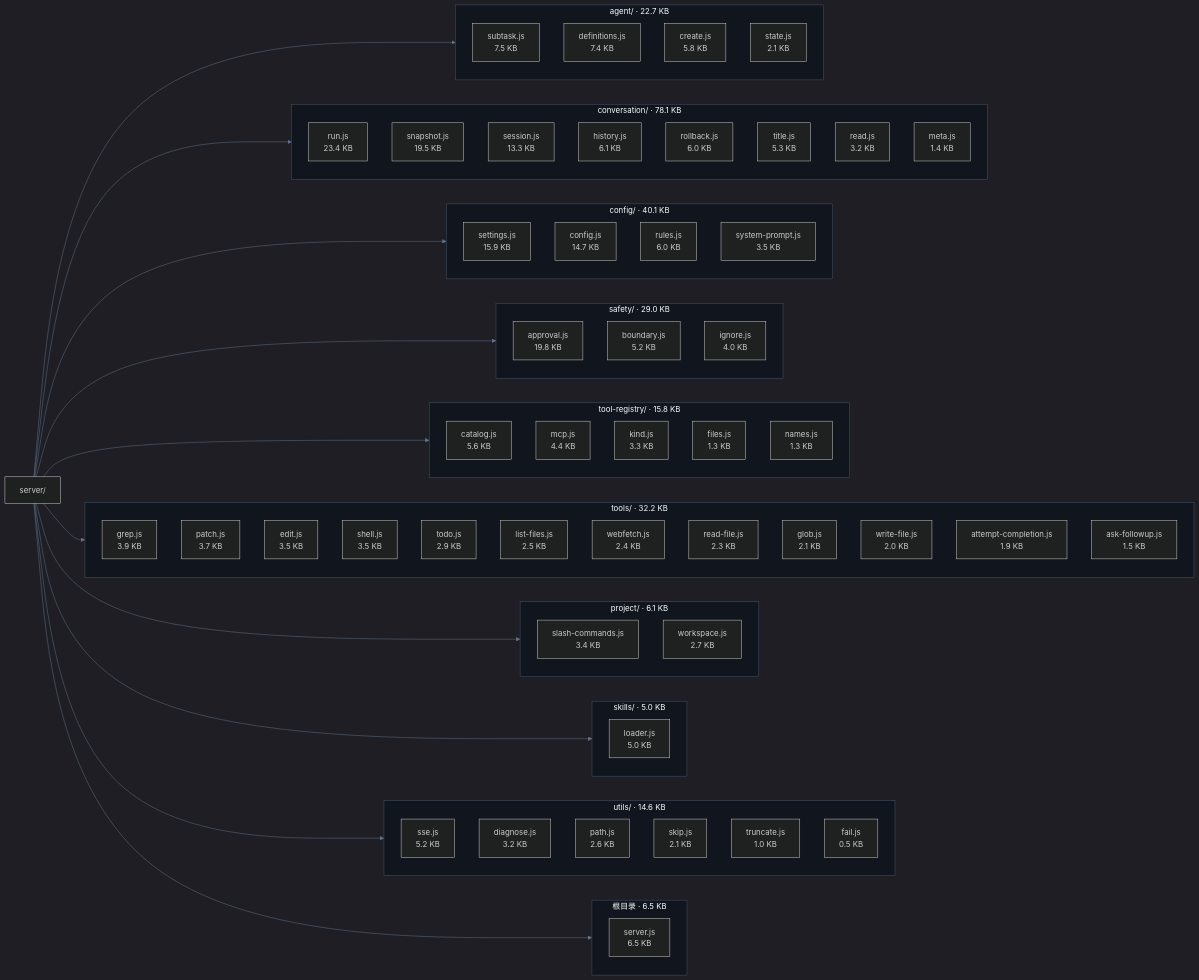
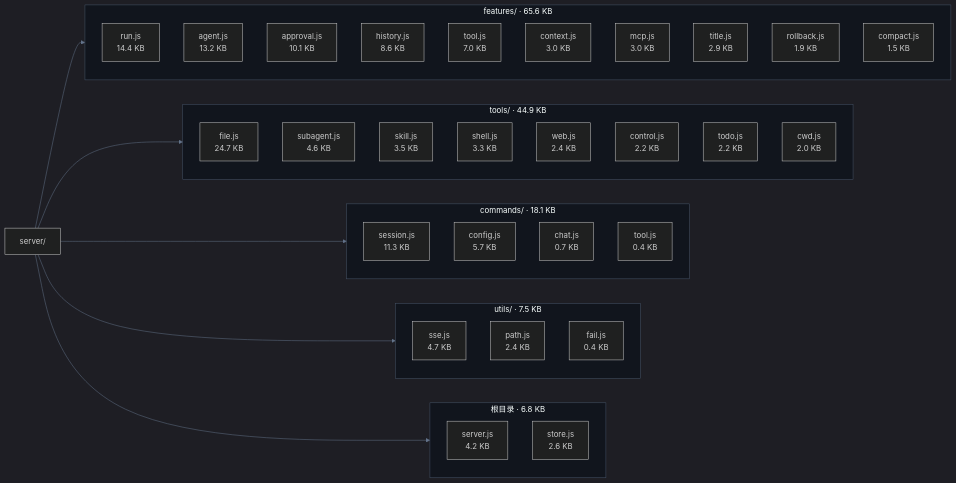
The diagram in docs/server-structure.mmd (kernel4632/agent), drawn with Mermaid before and after one commit. The commit also changed 2 other files, not shown here.

Commit message:
docs: 更新后端源码体量图和目录图

```diff
--- a/docs/server-structure.mmd
+++ b/docs/server-structure.mmd
@@ -1,89 +1,50 @@
 %%{init: {'theme':'dark','themeVariables':{'fontFamily':'ui-monospace, monospace','primaryColor':'#18202b','primaryTextColor':'#f8fafc','lineColor':'#64748b','clusterBkg':'#11151d','clusterBorder':'#475569'}}}%%
 graph LR
   S["server/"]
-  subgraph agent["agent/ · 22.7 KB"]
+  subgraph features["features/ · 65.6 KB"]
     direction TB
-    agent_subtask["subtask.js<br/>7.5 KB"]
-    agent_definitions["definitions.js<br/>7.4 KB"]
-    agent_create["create.js<br/>5.8 KB"]
-    agent_state["state.js<br/>2.1 KB"]
+    features_run["run.js<br/>14.4 KB"]
+    features_agent["agent.js<br/>13.2 KB"]
+    features_approval["approval.js<br/>10.1 KB"]
+    features_history["history.js<br/>8.6 KB"]
+    features_tool["tool.js<br/>7.0 KB"]
+    features_context["context.js<br/>3.0 KB"]
+    features_mcp["mcp.js<br/>3.0 KB"]
+    features_title["title.js<br/>2.9 KB"]
+    features_rollback["rollback.js<br/>1.9 KB"]
+    features_compact["compact.js<br/>1.5 KB"]
   end
-  S --> agent
-  subgraph conversation["conversation/ · 78.1 KB"]
+  S --> features
+  subgraph tools["tools/ · 44.9 KB"]
     direction TB
-    conversation_run["run.js<br/>23.4 KB"]
-    conversation_snapshot["snapshot.js<br/>19.5 KB"]
-    conversation_session["session.js<br/>13.3 KB"]
-    conversation_history["history.js<br/>6.1 KB"]
-    conversation_rollback["rollback.js<br/>6.0 KB"]
-    conversation_title["title.js<br/>5.3 KB"]
-    conversation_read["read.js<br/>3.2 KB"]
-    conversation_meta["meta.js<br/>1.4 KB"]
-  end
-  S --> conversation
-  subgraph config["config/ · 40.1 KB"]
-    direction TB
-    config_settings["settings.js<br/>15.9 KB"]
-    config_config["config.js<br/>14.7 KB"]
-    config_rules["rules.js<br/>6.0 KB"]
-    config_system_prompt["system-prompt.js<br/>3.5 KB"]
-  end
-  S --> config
-  subgraph safety["safety/ · 29.0 KB"]
-    direction TB
-    safety_approval["approval.js<br/>19.8 KB"]
-    safety_boundary["boundary.js<br/>5.2 KB"]
-    safety_ignore["ignore.js<br/>4.0 KB"]
-  end
-  S --> safety
-  subgraph tool_registry["tool-registry/ · 15.8 KB"]
-    direction TB
-    tool_registry_catalog["catalog.js<br/>5.6 KB"]
-    tool_registry_mcp["mcp.js<br/>4.4 KB"]
-    tool_registry_kind["kind.js<br/>3.3 KB"]
-    tool_registry_files["files.js<br/>1.3 KB"]
-    tool_registry_names["names.js<br/>1.3 KB"]
-  end
-  S --> tool_registry
-  subgraph tools["tools/ · 32.2 KB"]
-    direction TB
-    tools_grep["grep.js<br/>3.9 KB"]
-    tools_patch["patch.js<br/>3.7 KB"]
-    tools_edit["edit.js<br/>3.5 KB"]
-    tools_shell["shell.js<br/>3.5 KB"]
-    tools_todo["todo.js<br/>2.9 KB"]
-    tools_list_files["list-files.js<br/>2.5 KB"]
-    tools_webfetch["webfetch.js<br/>2.4 KB"]
-    tools_read_file["read-file.js<br/>2.3 KB"]
-    tools_glob["glob.js<br/>2.1 KB"]
-    tools_write_file["write-file.js<br/>2.0 KB"]
-    tools_attempt_completion["attempt-completion.js<br/>1.9 KB"]
-    tools_ask_followup["ask-followup.js<br/>1.5 KB"]
+    tools_file["file.js<br/>24.7 KB"]
+    tools_subagent["subagent.js<br/>4.6 KB"]
+    tools_skill["skill.js<br/>3.5 KB"]
+    tools_shell["shell.js<br/>3.3 KB"]
+    tools_web["web.js<br/>2.4 KB"]
+    tools_control["control.js<br/>2.2 KB"]
+    tools_todo["todo.js<br/>2.2 KB"]
+    tools_cwd["cwd.js<br/>2.0 KB"]
   end
   S --> tools
-  subgraph project["project/ · 6.1 KB"]
+  subgraph commands["commands/ · 18.1 KB"]
     direction TB
-    project_slash_commands["slash-commands.js<br/>3.4 KB"]
-    project_workspace["workspace.js<br/>2.7 KB"]
+    commands_session["session.js<br/>11.3 KB"]
+    commands_config["config.js<br/>5.7 KB"]
+    commands_chat["chat.js<br/>0.7 KB"]
+    commands_tool["tool.js<br/>0.4 KB"]
   end
-  S --> project
-  subgraph skills["skills/ · 5.0 KB"]
+  S --> commands
+  subgraph utils["utils/ · 7.5 KB"]
     direction TB
-    skills_loader["loader.js<br/>5.0 KB"]
-  end
-  S --> skills
-  subgraph utils["utils/ · 14.6 KB"]
-    direction TB
-    utils_sse["sse.js<br/>5.2 KB"]
-    utils_diagnose["diagnose.js<br/>3.2 KB"]
-    utils_path["path.js<br/>2.6 KB"]
-    utils_skip["skip.js<br/>2.1 KB"]
-    utils_truncate["truncate.js<br/>1.0 KB"]
-    utils_fail["fail.js<br/>0.5 KB"]
+    utils_sse["sse.js<br/>4.7 KB"]
+    utils_path["path.js<br/>2.4 KB"]
+    utils_fail["fail.js<br/>0.4 KB"]
   end
   S --> utils
-  subgraph _root_["根目录 · 6.5 KB"]
+  subgraph _root_["根目录 · 6.8 KB"]
     direction TB
-    _root__server["server.js<br/>6.5 KB"]
+    _root__server["server.js<br/>4.2 KB"]
+    _root__store["store.js<br/>2.6 KB"]
   end
   S --> _root_
```
